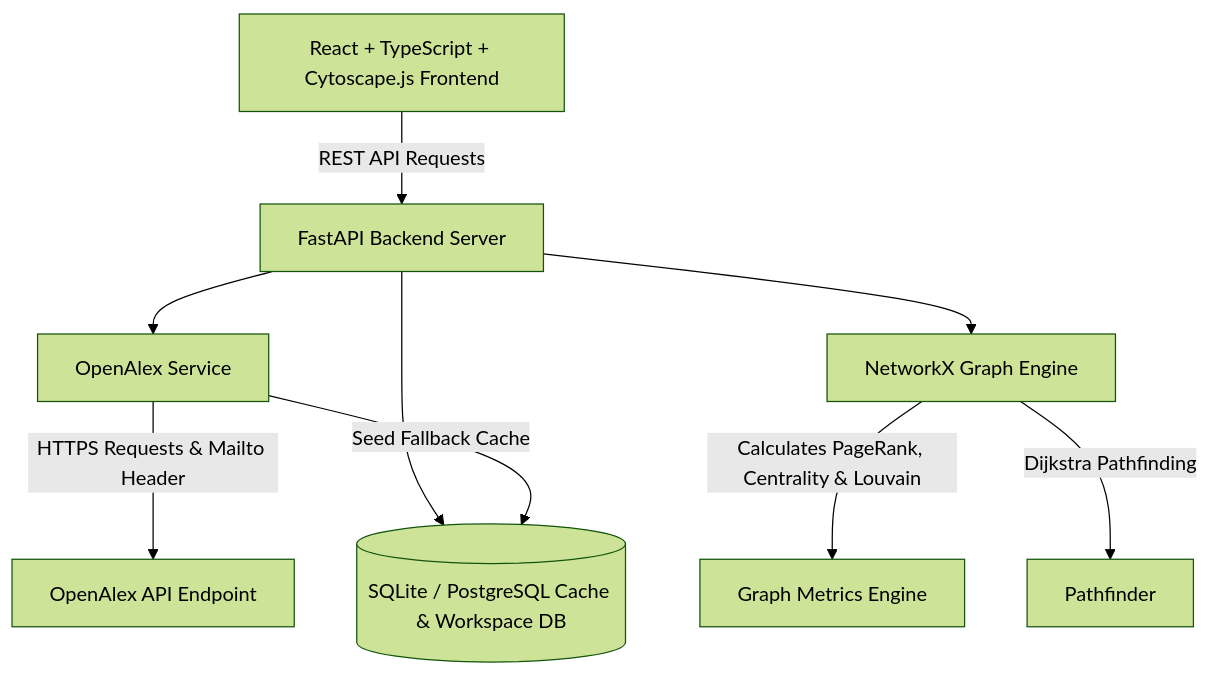
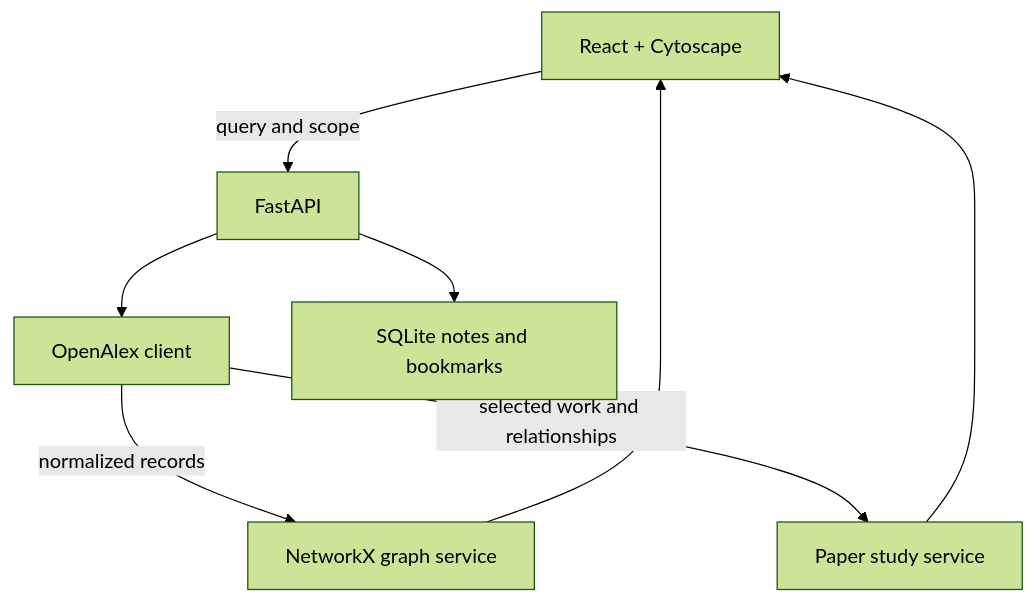
Before and after one commit to ZaaraVakeel1106/researchgraph: the diagram in ARCHITECTURE.md, drawn with Mermaid (forest theme). The commit also changed other lines of this file and 28 other files, not shown here.

````diff
--- a/ARCHITECTURE.md
+++ b/ARCHITECTURE.md
@@ -5,13 +3,10 @@
 ```mermaid
 graph TD
-    Client[React + TypeScript + Cytoscape.js Frontend] -->|REST API Requests| FastAPI[FastAPI Backend Server]
-    FastAPI --> OpenAlexService[OpenAlex Service]
-    FastAPI --> GraphEngine[NetworkX Graph Engine]
-    FastAPI --> DB[(SQLite / PostgreSQL Cache & Workspace DB)]
-
-    OpenAlexService -->|HTTPS Requests & Mailto Header| OpenAlex[OpenAlex API Endpoint]
-    OpenAlexService -->|Seed Fallback Cache| DB
-
-    GraphEngine -->|Calculates PageRank, Centrality & Louvain| Metrics[Graph Metrics Engine]
-    GraphEngine -->|Dijkstra Pathfinding| ShortestPath[Pathfinder]
+    Browser[React + Cytoscape] -->|query and scope| API[FastAPI]
+    API --> Search[OpenAlex client]
+    Search -->|normalized records| Graph[NetworkX graph service]
+    Search -->|selected work and relationships| Study[Paper study service]
+    API --> Workspace[SQLite notes and bookmarks]
+    Graph --> Browser
+    Study --> Browser
 ```
````
